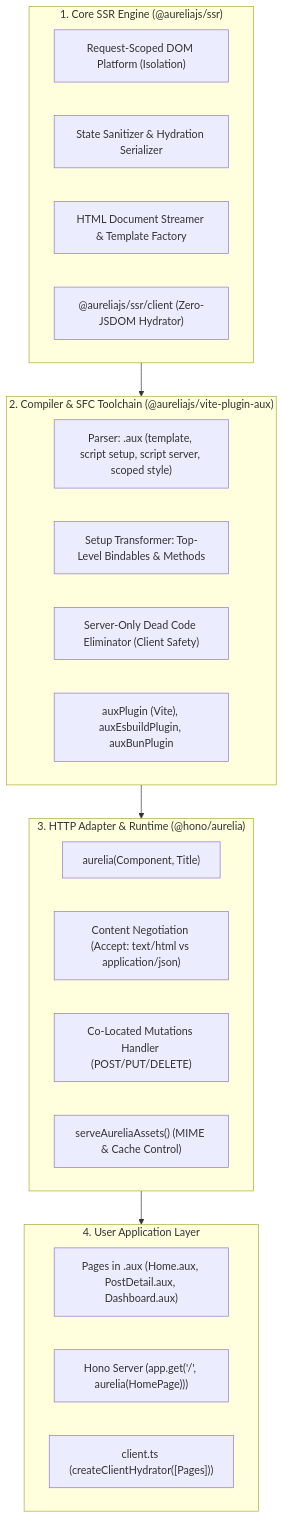
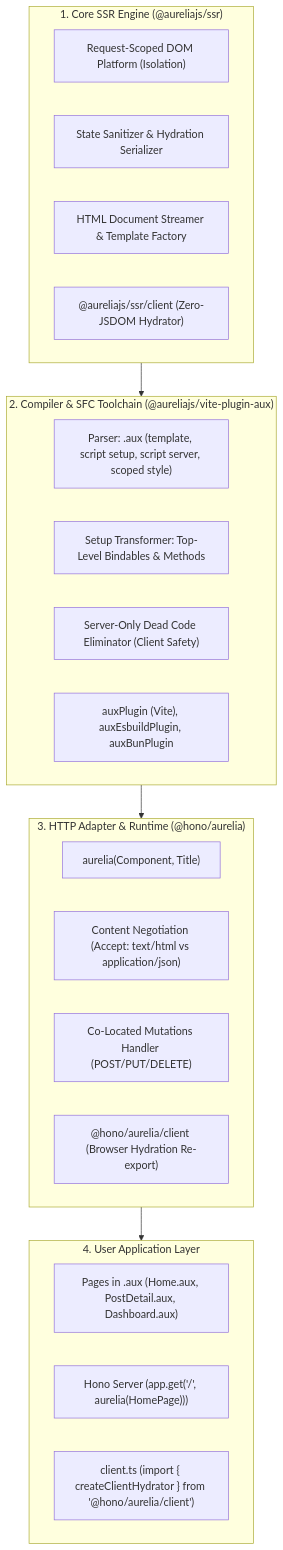
One commit to sandikodev/aureliajs changed the second of 3 diagrams in docs/AURELIA_HONO_MASTER_MANIFESTO.md. Above: the diagram before and after it, drawn with Mermaid. The commit also changed other lines of this file and 10 other files, not shown here.

````diff
--- a/docs/AURELIA_HONO_MASTER_MANIFESTO.md
+++ b/docs/AURELIA_HONO_MASTER_MANIFESTO.md
@@ -60,33 +61,33 @@
 ```mermaid
 graph TD
     subgraph Layer1["1. Core SSR Engine (@aureliajs/ssr)"]
         DOMPlatform["Request-Scoped DOM Platform (Isolation)"]
         HydrationSerializer["State Sanitizer & Hydration Serializer"]
         HTMLDoc["HTML Document Streamer & Template Factory"]
         ClientHydrate["@aureliajs/ssr/client (Zero-JSDOM Hydrator)"]
     end
 
     subgraph Layer2["2. Compiler & SFC Toolchain (@aureliajs/vite-plugin-aux)"]
         Parser["Parser: .aux (template, script setup, script server, scoped style)"]
         SetupTransformer["Setup Transformer: Top-Level Bindables & Methods"]
         BoundaryEliminator["Server-Only Dead Code Eliminator (Client Safety)"]
         BundlerPlugins["auxPlugin (Vite), auxEsbuildPlugin, auxBunPlugin"]
     end
 
     subgraph Layer3["3. HTTP Adapter & Runtime (@hono/aurelia)"]
         RouteHandler["aurelia(Component, Title)"]
         ContentNeg["Content Negotiation (Accept: text/html vs application/json)"]
         ActionsHandler["Co-Located Mutations Handler (POST/PUT/DELETE)"]
-        AssetMiddleware["serveAureliaAssets() (MIME & Cache Control)"]
+        HydrationExports["@hono/aurelia/client (Browser Hydration Re-export)"]
     end
 
     subgraph Layer4["4. User Application Layer"]
         AuxPages["Pages in .aux (Home.aux, PostDetail.aux, Dashboard.aux)"]
         HonoApp["Hono Server (app.get('/', aurelia(HomePage)))"]
-        ClientBundle["client.ts (createClientHydrator([Pages]))"]
+        ClientBundle["client.ts (import { createClientHydrator } from '@hono/aurelia/client')"]
     end
 
     Layer1 --> Layer2
     Layer2 --> Layer3
     Layer3 --> Layer4
 ```
````
